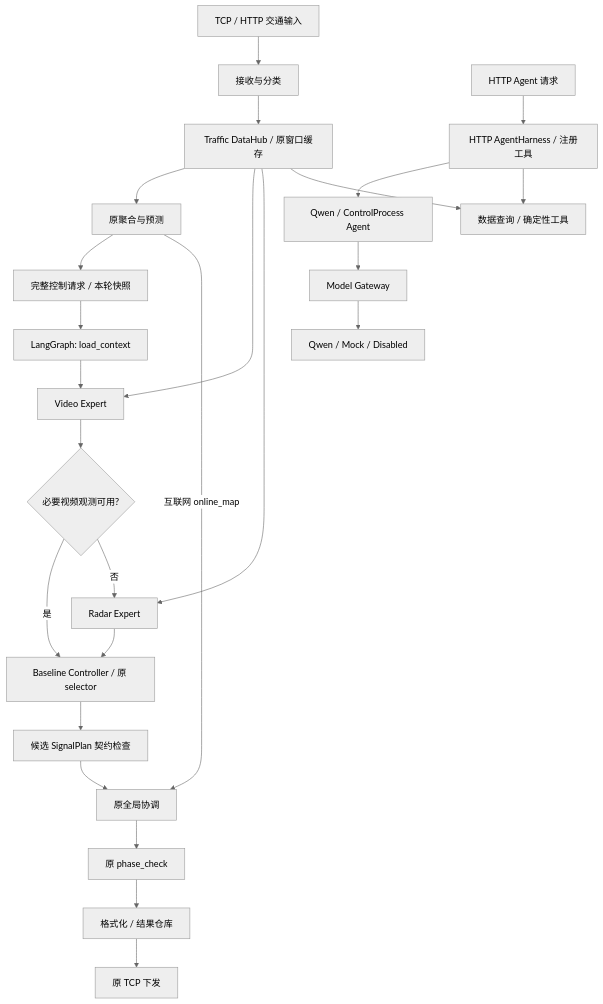
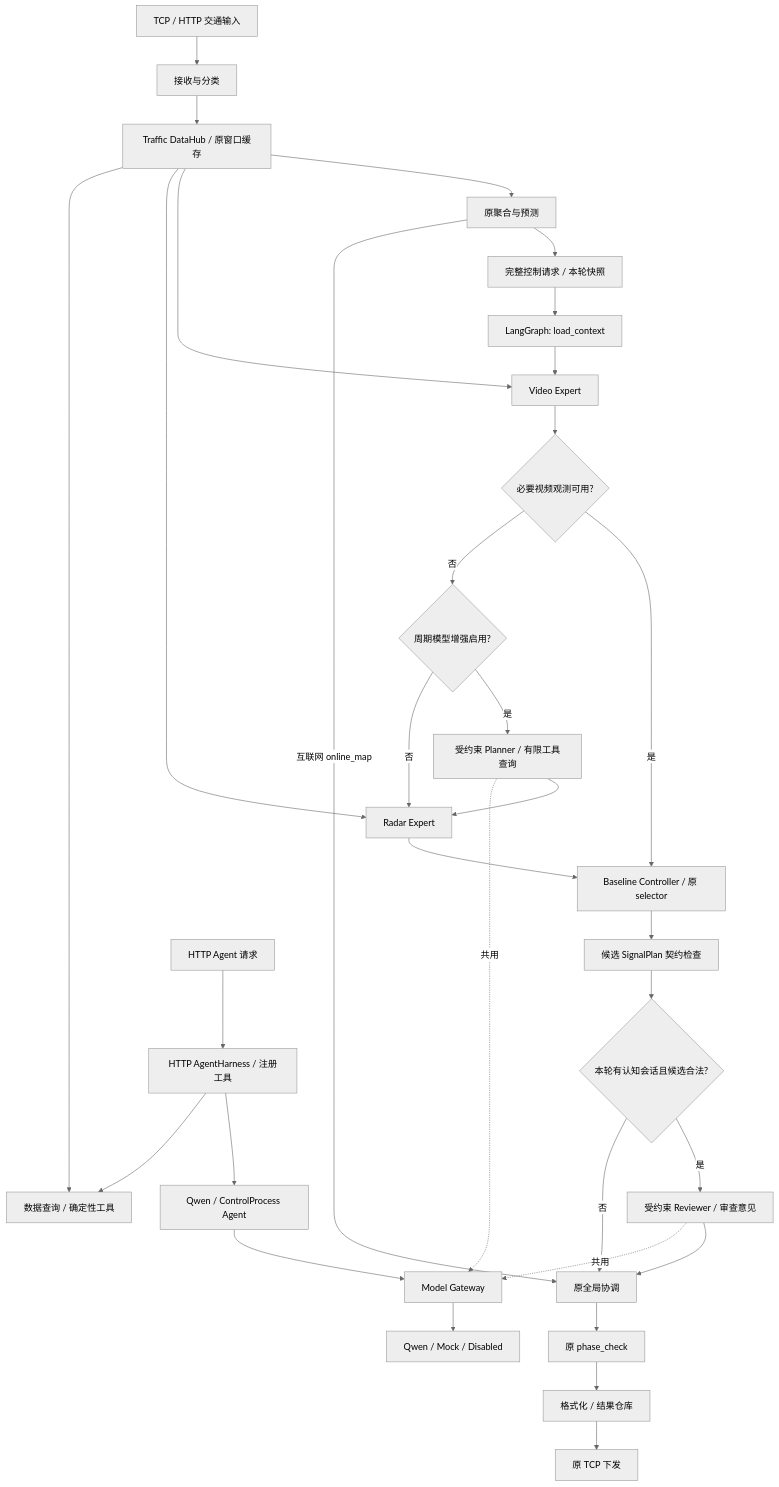
Before and after one commit to yanzhuang-h/aitc: the diagram in docs/v2_current_architecture.md, drawn with Mermaid (neutral theme). The commit also changed other lines of this file and 20 other files, not shown here.

First line of the commit message:
feat: add constrained Qwen planner and reviewer (#44)

````diff
--- a/docs/v2_current_architecture.md
+++ b/docs/v2_current_architecture.md
@@ -17,28 +16,36 @@
 ```mermaid
 flowchart TD
     INPUT["TCP / HTTP 交通输入"] --> RECEIVE["接收与分类"]
     RECEIVE --> HUB["Traffic DataHub / 原窗口缓存"]
     HUB --> AGG["原聚合与预测"]
     AGG --> REQUEST["完整控制请求 / 本轮快照"]
     REQUEST --> LOAD["LangGraph: load_context"]
     LOAD --> VIDEO["Video Expert"]
     HUB --> VIDEO
     VIDEO --> ENOUGH{"必要视频观测可用?"}
     ENOUGH -->|是| POLICY["Baseline Controller / 原 selector"]
-    ENOUGH -->|否| RADAR["Radar Expert"]
+    ENOUGH -->|否| ENABLED{"周期模型增强启用?"}
+    ENABLED -->|是| PLANNER["受约束 Planner / 有限工具查询"]
+    ENABLED -->|否| RADAR["Radar Expert"]
+    PLANNER --> RADAR
     HUB --> RADAR
     RADAR --> POLICY
     POLICY --> CONTRACT["候选 SignalPlan 契约检查"]
-    CONTRACT --> COORD["原全局协调"]
+    CONTRACT --> REVIEWABLE{"本轮有认知会话且候选合法?"}
+    REVIEWABLE -->|是| REVIEW["受约束 Reviewer / 审查意见"]
+    REVIEWABLE -->|否| COORD["原全局协调"]
+    REVIEW --> COORD
     AGG -->|互联网 online_map| COORD
     COORD --> CHECK["原 phase_check"]
     CHECK --> FORMAT["格式化 / 结果仓库"]
     FORMAT --> TCP["原 TCP 下发"]
 
     HTTP["HTTP Agent 请求"] --> HARNESS["HTTP AgentHarness / 注册工具"]
     HARNESS --> AGENT["Qwen / ControlProcess Agent"]
     AGENT --> GATEWAY["Model Gateway"]
+    PLANNER -. 共用 .-> GATEWAY
+    REVIEW -. 共用 .-> GATEWAY
     GATEWAY --> PROVIDER["Qwen / Mock / Disabled"]
     HARNESS --> QUERY["数据查询 / 确定性工具"]
     HUB --> QUERY
 ```
````
